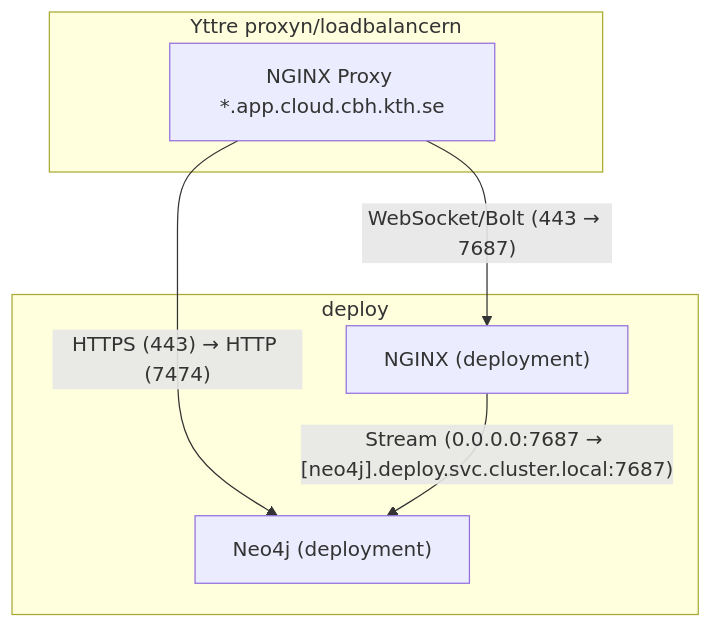
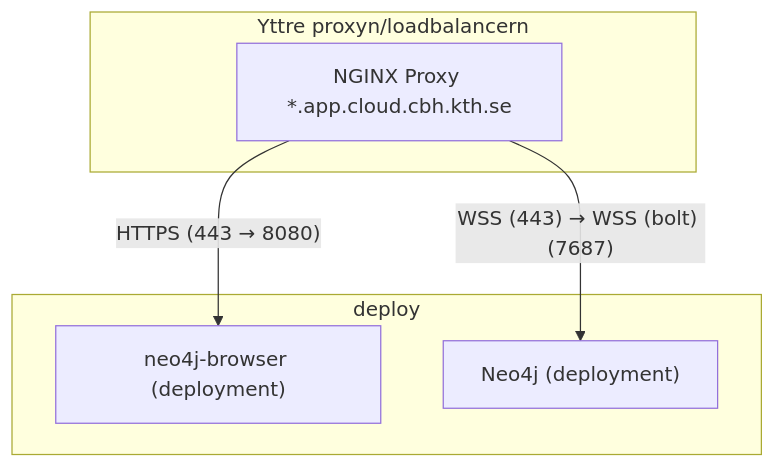
Before and after one commit to Phillezi/neo4j-kthcloud: the diagram in README.md, drawn with Mermaid. The commit also changed other lines of this file and 5 other files, not shown here.

````diff
--- a/README.md
+++ b/README.md
@@ -5,16 +7,15 @@
 ```mermaid
 graph TB
     subgraph "Yttre proxyn/loadbalancern"
         NGINX_Proxy["NGINX Proxy *.app.cloud.cbh.kth.se"]
     end
 
     subgraph "deploy"
-        NGINX_Internal["NGINX (deployment)"]
+        NGINX_Internal["neo4j-browser (deployment)"]
         Neo4j["Neo4j (deployment)"]
     end
 
-    NGINX_Proxy -- "HTTPS (443) → HTTP (7474)" --> Neo4j
+    NGINX_Proxy -- "WSS (443) → WSS (bolt) (7687)" --> Neo4j
 
-    NGINX_Proxy -- "WebSocket/Bolt (443 → 7687)" --> NGINX_Internal
-    NGINX_Internal -- "Stream (0.0.0.0:7687 → [neo4j].deploy.svc.cluster.local:7687)" --> Neo4j
+    NGINX_Proxy -- "HTTPS (443 → 8080)" --> NGINX_Internal
 ```
````
